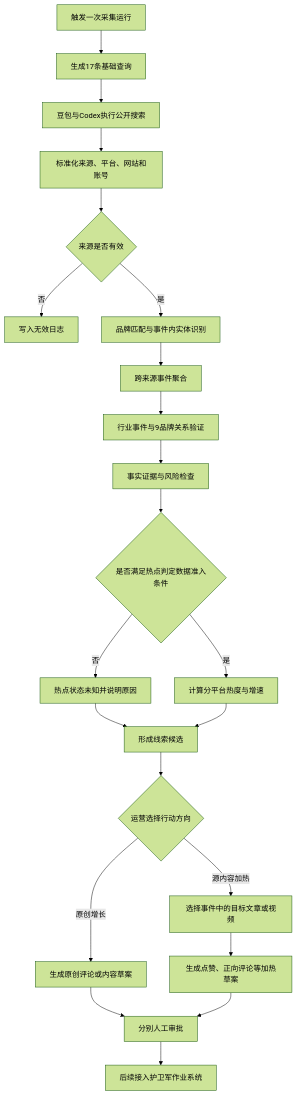
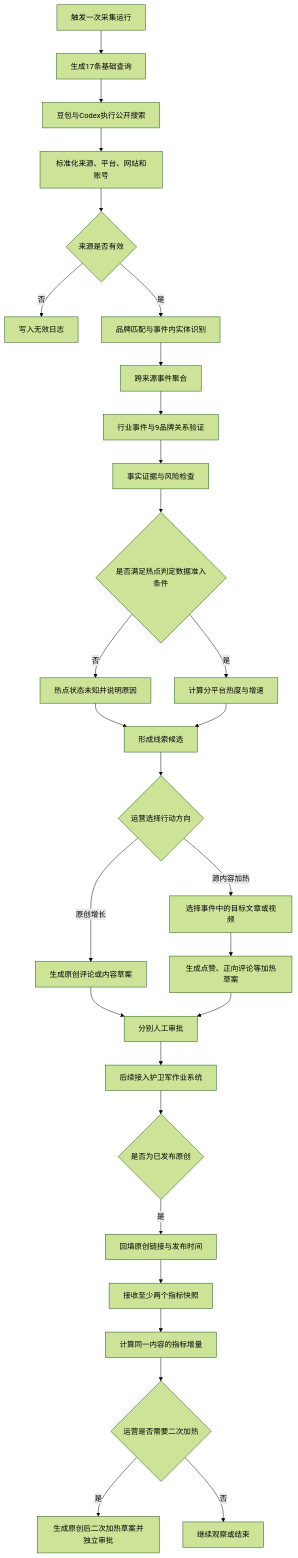
Before and after one commit to RondoTANG/dongfeng-push-demo: the first of 2 diagrams in 09_其他与待归档/0902业务沟通纪要/AI热点追踪PoC/prd/AI热点业务规划与现阶段线索PoC解决方案_PRD_v0.2.md, drawn with Mermaid (forest theme). The commit also changed other lines of this file and 32 other files, not shown here.

````diff
--- a/09_其他与待归档/0902业务沟通纪要/AI热点追踪PoC/prd/AI热点业务规划与现阶段线索PoC解决方案_PRD_v0.2.md
+++ b/09_其他与待归档/0902业务沟通纪要/AI热点追踪PoC/prd/AI热点业务规划与现阶段线索PoC解决方案_PRD_v0.2.md
@@ -140,24 +151,31 @@
 ```mermaid
 flowchart TD
     A[触发一次采集运行] --> B[生成17条基础查询]
     B --> C[豆包与Codex执行公开搜索]
     C --> D[标准化来源、平台、网站和账号]
     D --> E{来源是否有效}
     E -- 否 --> F[写入无效日志]
     E -- 是 --> G[品牌匹配与事件内实体识别]
     G --> H[跨来源事件聚合]
     H --> I[行业事件与9品牌关系验证]
     I --> J[事实证据与风险检查]
     J --> K{是否满足热点判定数据准入条件}
     K -- 否 --> L[热点状态未知并说明原因]
     K -- 是 --> M[计算分平台热度与增速]
     L --> N[形成线索候选]
     M --> N
     N --> O{运营选择行动方向}
     O -->|原创增长| P[生成原创评论或内容草案]
     O -->|源内容加热| Q[选择事件中的目标文章或视频]
     Q --> R[生成点赞、正向评论等加热草案]
     P --> S[分别人工审批]
     R --> S
     S --> T[后续接入护卫军作业系统]
+    T --> U{是否为已发布原创}
+    U -- 是 --> V[回填原创链接与发布时间]
+    V --> W[接收至少两个指标快照]
+    W --> X[计算同一内容的指标增量]
+    X --> Y{运营是否需要二次加热}
+    Y -- 是 --> Z[生成原创后二次加热草案并独立审批]
+    Y -- 否 --> AA[继续观察或结束]
 ```
````
